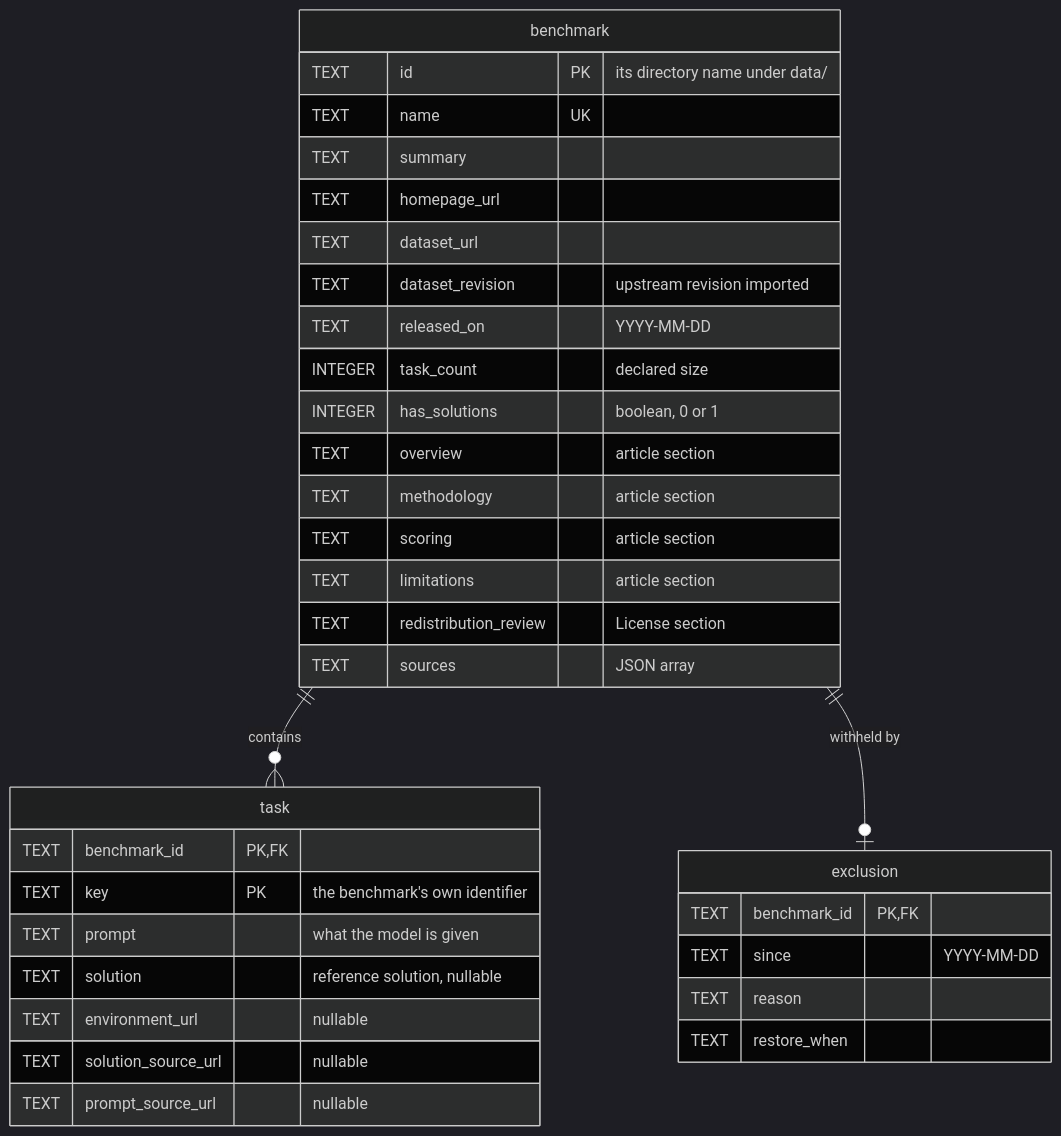
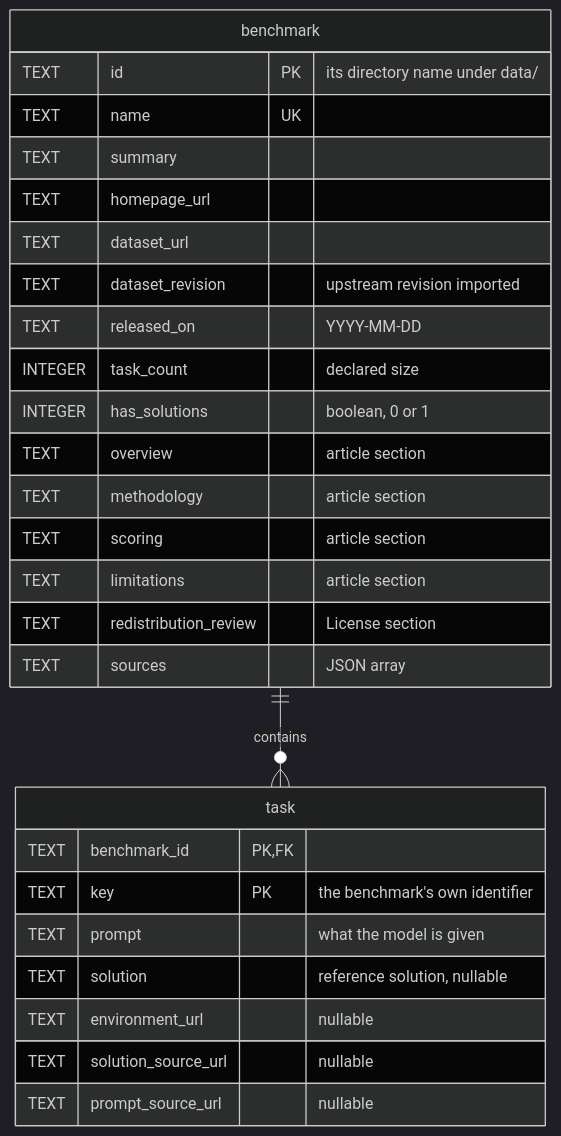
Before and after one commit to khooeee/benchopedia: the diagram in README.md, drawn with Mermaid (dark theme). The commit also changed other lines of this file and 11 other files, not shown here.

````diff
--- a/README.md
+++ b/README.md
@@ -25,38 +25,31 @@
 ```mermaid
 erDiagram
     benchmark ||--o{ task : contains
-    benchmark ||--o| exclusion : "withheld by"
 
     benchmark {
         TEXT id PK "its directory name under data/"
         TEXT name UK
         TEXT summary
         TEXT homepage_url
         TEXT dataset_url
         TEXT dataset_revision "upstream revision imported"
         TEXT released_on "YYYY-MM-DD"
         INTEGER task_count "declared size"
         INTEGER has_solutions "boolean, 0 or 1"
         TEXT overview "article section"
         TEXT methodology "article section"
         TEXT scoring "article section"
         TEXT limitations "article section"
         TEXT redistribution_review "License section"
         TEXT sources "JSON array"
     }
     task {
         TEXT benchmark_id PK, FK
         TEXT key PK "the benchmark's own identifier"
         TEXT prompt "what the model is given"
         TEXT solution "reference solution, nullable"
         TEXT environment_url "nullable"
         TEXT solution_source_url "nullable"
         TEXT prompt_source_url "nullable"
     }
-    exclusion {
-        TEXT benchmark_id PK, FK
-        TEXT since "YYYY-MM-DD"
-        TEXT reason
-        TEXT restore_when
-    }
 ```
````
